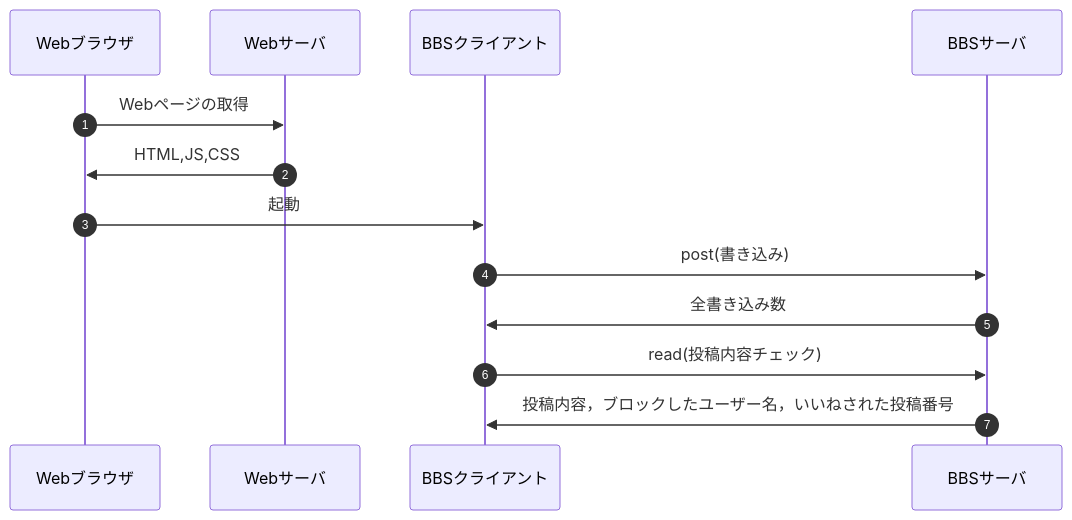
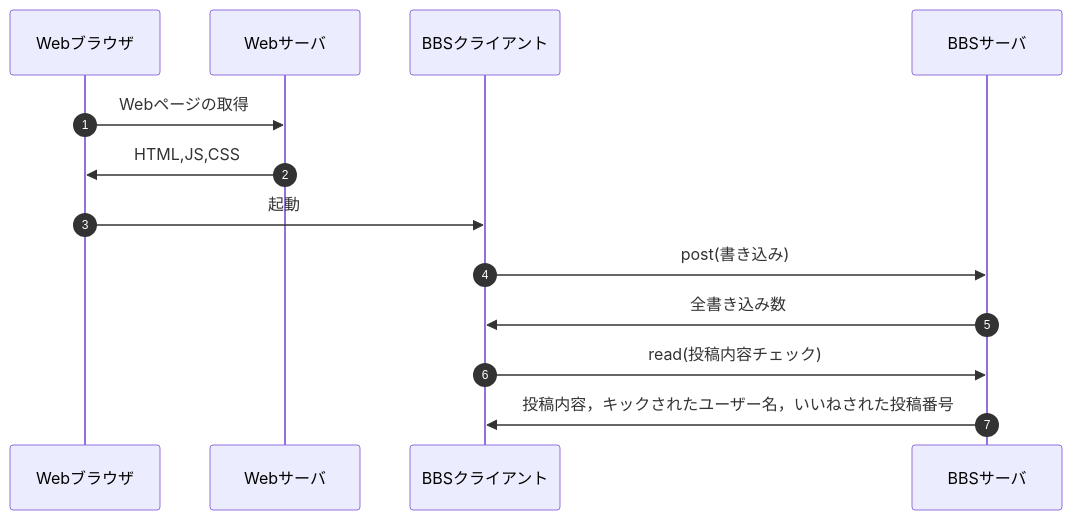
Before and after one commit to Azbyisverystrong/webpro_06: the first of 8 diagrams in sequence.md, drawn with Mermaid. The commit also changed other lines of this file and 11 other files, not shown here.

````diff
--- a/sequence.md
+++ b/sequence.md
@@ -2,11 +2,11 @@
 ```mermaid
 sequenceDiagram
   autonumber
   Webブラウザ ->> Webサーバ: Webページの取得
   Webサーバ ->> Webブラウザ:HTML,JS,CSS
   Webブラウザ ->> BBSクライアント:起動
   BBSクライアント ->> BBSサーバ:post(書き込み)
   BBSサーバ ->> BBSクライアント:全書き込み数
   BBSクライアント ->> BBSサーバ:read(投稿内容チェック)
-  BBSサーバ ->> BBSクライアント:投稿内容，ブロックしたユーザー名，いいねされた投稿番号
+  BBSサーバ ->> BBSクライアント:投稿内容，キックされたユーザー名，いいねされた投稿番号
 ```
````
